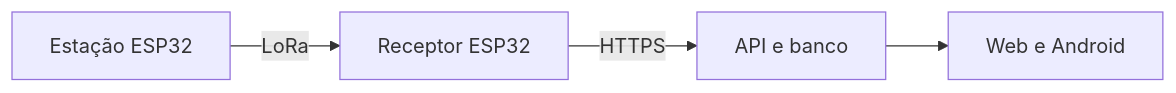
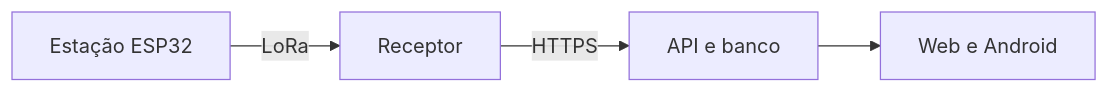
The diagram in README.md (Vitorhrm/Vitorhrm), drawn with Mermaid before and after one commit. The commit also changed other lines of this file, not shown here.

````diff
--- a/README.md
+++ b/README.md
@@ -39,6 +35,8 @@
 ```mermaid
 flowchart LR
-    A[Estação ESP32] -->|LoRa| B[Receptor ESP32]
+    accTitle: Caminho da telemetria do AgroSense
+    accDescr: A estação ESP32 transmite por LoRa ao receptor, que envia as leituras por HTTPS à API. O aplicativo exibe os dados armazenados.
+    A[Estação ESP32] -->|LoRa| B[Receptor]
     B -->|HTTPS| C[API e banco]
     C --> D[Web e Android]
 ```
````
